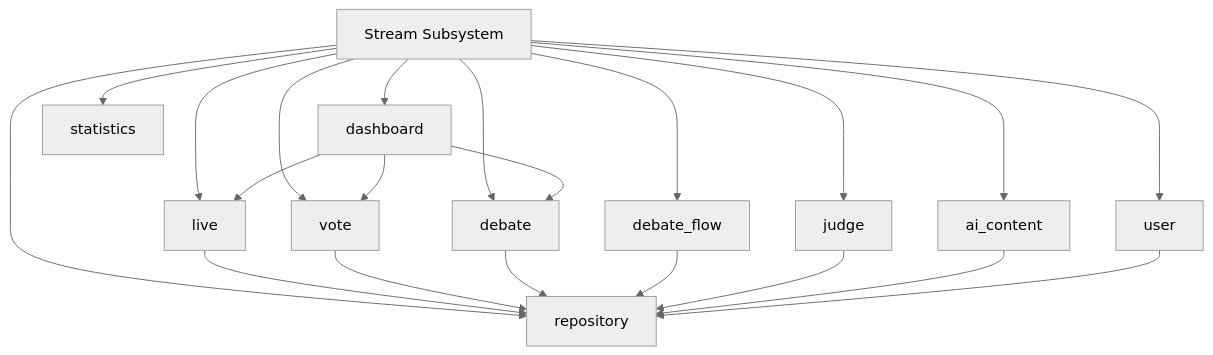
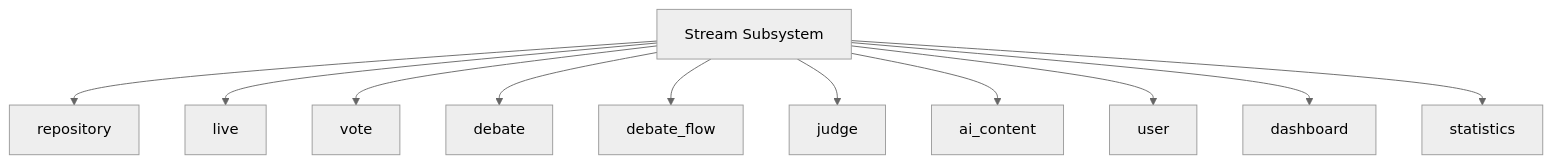
One commit to 24-Fahed/Live-Project changed the fourth of 8 diagrams in docs/architecture-design.md. Above: the diagram before and after it, drawn with Mermaid (neutral theme). The commit also changed other lines of this file and 13 other files, not shown here.

````diff
--- a/docs/architecture-design.md
+++ b/docs/architecture-design.md
@@ -141,25 +140,14 @@
 ```mermaid
 flowchart TB
     Stream[Stream Subsystem]
     Stream --> Repo[repository]
     Stream --> Live[live]
     Stream --> Vote[vote]
     Stream --> Debate[debate]
     Stream --> DebateFlow[debate_flow]
     Stream --> Judge[judge]
     Stream --> AIContent[ai_content]
     Stream --> User[user]
     Stream --> Dashboard[dashboard]
     Stream --> Statistics[statistics]
-
-    Live --> Repo
-    Vote --> Repo
-    Debate --> Repo
-    DebateFlow --> Repo
-    Judge --> Repo
-    AIContent --> Repo
-    User --> Repo
-    Dashboard --> Live
-    Dashboard --> Vote
-    Dashboard --> Debate
 ```
````
